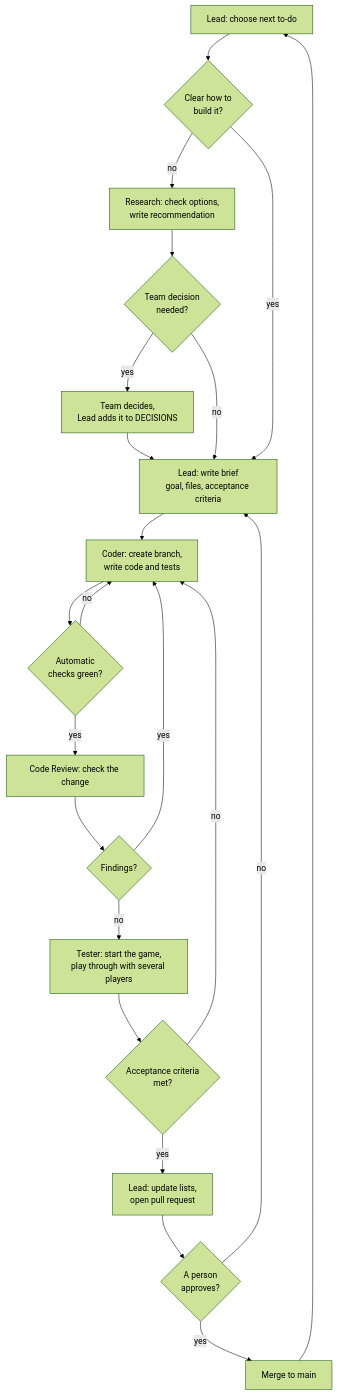
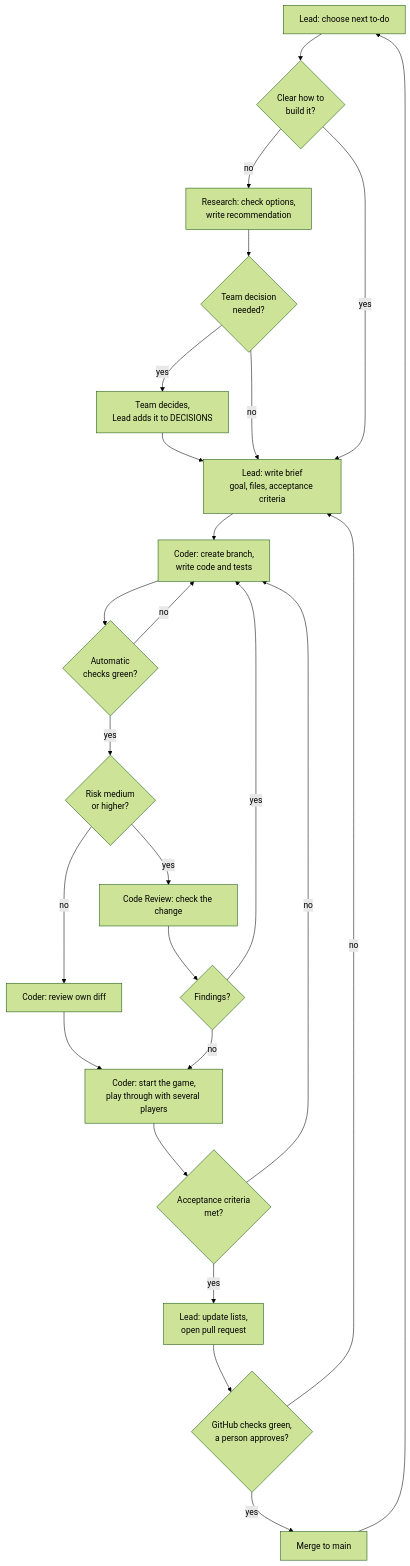
Before and after one commit to donderfelix-spec/itp_group: the diagram in game/WORKFLOW.md, drawn with Mermaid (forest theme). The commit also changed other lines of this file and 3 other files, not shown here.

First line of the commit message:
WORKFLOW: review and play by risk, as the team works since 2026-11-22 (S-205)

````diff
--- a/game/WORKFLOW.md
+++ b/game/WORKFLOW.md
@@ -19,24 +34,27 @@
 ```mermaid
 flowchart TD
     A[Lead: choose next to-do] --> B{Clear how to<br>build it?}
     B -- no --> C[Research: check options,<br>write recommendation]
     C --> D{Team decision<br>needed?}
     D -- yes --> E[Team decides,<br>Lead adds it to DECISIONS]
     E --> F
     D -- no --> F
     B -- yes --> F[Lead: write brief<br>goal, files, acceptance criteria]
     F --> G[Coder: create branch,<br>write code and tests]
     G --> H{Automatic<br>checks green?}
     H -- no --> G
-    H -- yes --> I[Code Review: check the change]
+    H -- yes --> R{Risk medium<br>or higher?}
+    R -- no --> S[Coder: review own diff]
+    S --> K
+    R -- yes --> I[Code Review: check the change]
     I --> J{Findings?}
     J -- yes --> G
-    J -- no --> K[Tester: start the game,<br>play through with several players]
+    J -- no --> K[Coder: start the game,<br>play through with several players]
     K --> L{Acceptance criteria<br>met?}
     L -- no --> G
     L -- yes --> M[Lead: update lists,<br>open pull request]
-    M --> N{A person<br>approves?}
+    M --> N{GitHub checks green,<br>a person approves?}
     N -- no --> F
     N -- yes --> O[Merge to main]
     O --> A
 ```
````
